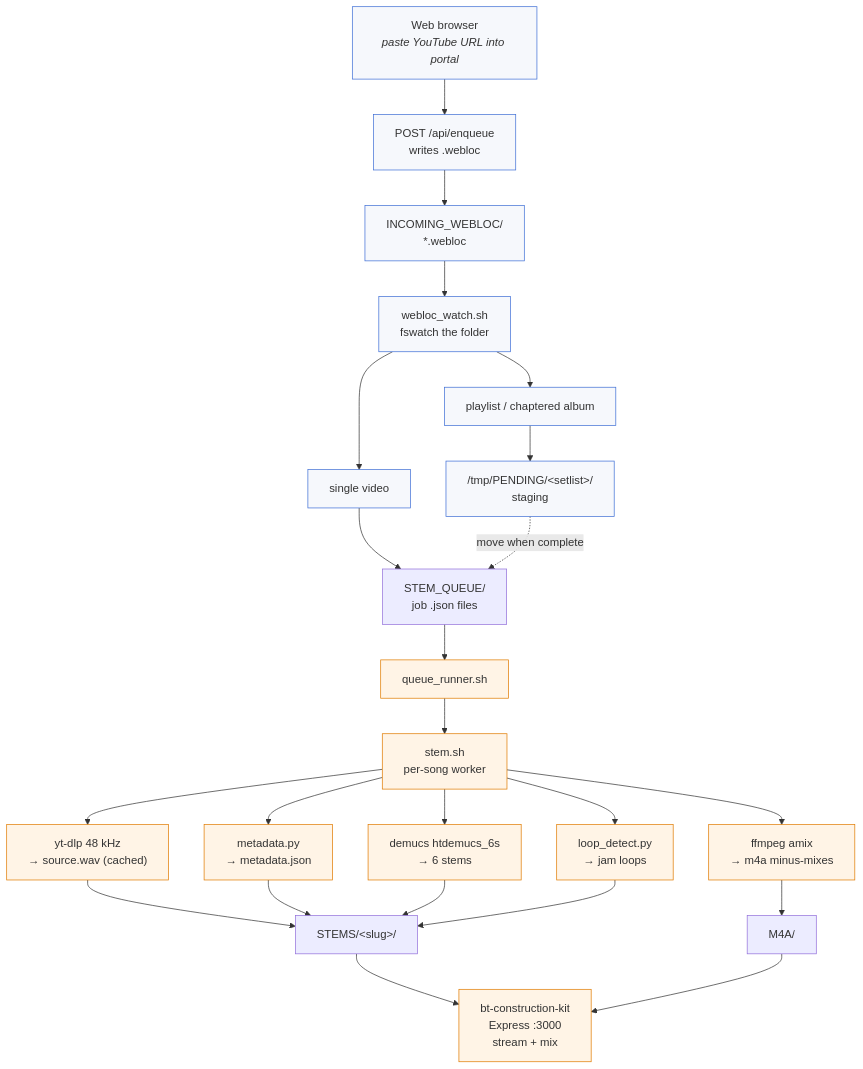
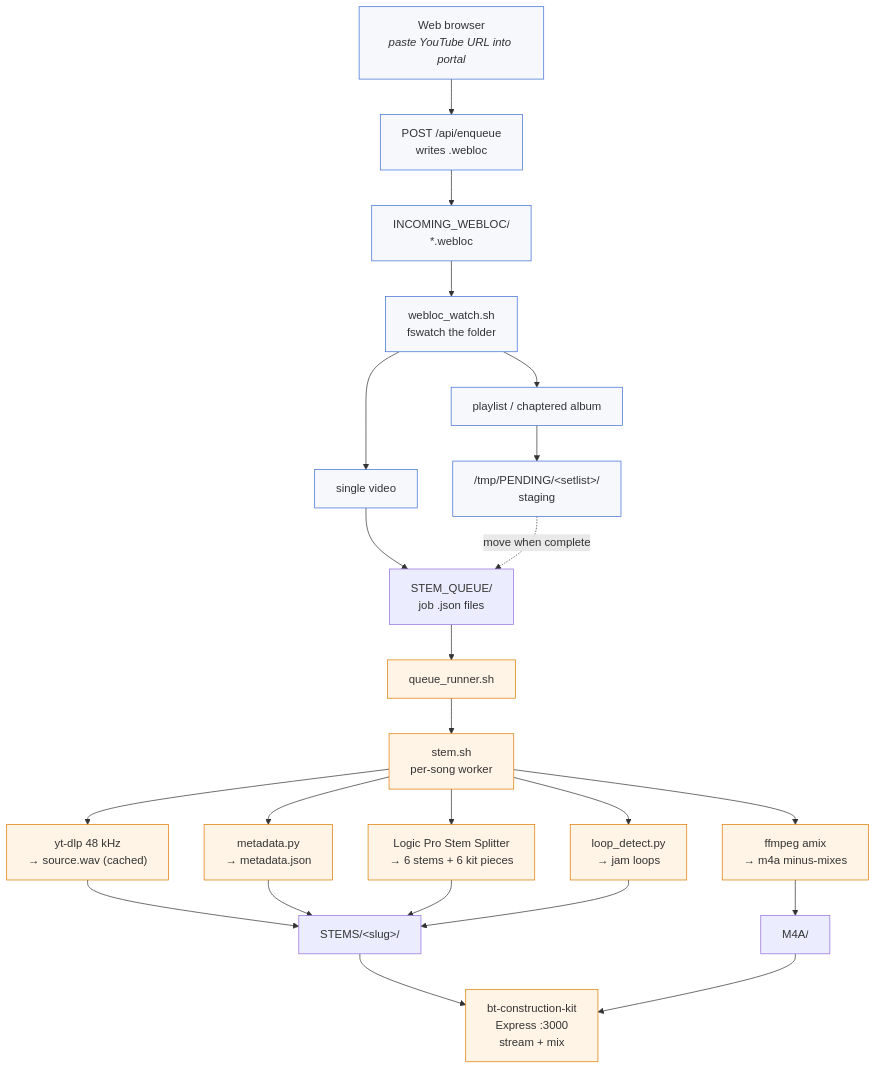
Before and after one commit to williambnorton/simpleStem: the third of 4 diagrams in ARCHITECTURE.md, drawn with Mermaid. The commit also changed other lines of this file and 128 other files, not shown here.

````diff
--- a/ARCHITECTURE.md
+++ b/ARCHITECTURE.md
@@ -162,44 +162,44 @@
 ```mermaid
 flowchart TD
     BR["Web browser<br/><i>paste YouTube URL into portal</i>"]
     EQ["POST /api/enqueue<br/>writes .webloc"]
 
     IN["INCOMING_WEBLOC/<br/>*.webloc"]
     WW["webloc_watch.sh<br/>fswatch the folder"]
 
     SV["single video"]
     PL["playlist / chaptered album"]
     PEND["/tmp/PENDING/&lt;setlist&gt;/<br/>staging"]
 
     Q["STEM_QUEUE/<br/>job .json files"]
     QR["queue_runner.sh"]
     SS["stem.sh<br/>per-song worker"]
 
     DL["yt-dlp 48 kHz<br/>→ source.wav (cached)"]
     MP["metadata.py<br/>→ metadata.json"]
-    DM["demucs htdemucs_6s<br/>→ 6 stems"]
+    DM["Logic Pro Stem Splitter<br/>→ 6 stems + 6 kit pieces"]
     MX["ffmpeg amix<br/>→ m4a minus-mixes"]
     LO["loop_detect.py<br/>→ jam loops"]
 
     STEMS["STEMS/&lt;slug&gt;/"]
     M4A["M4A/"]
 
     PORT["bt-construction-kit<br/>Express :3000<br/>stream + mix"]
 
     BR --> EQ --> IN --> WW
     WW --> SV --> Q
     WW --> PL --> PEND -. "move when complete" .-> Q
     Q --> QR --> SS
     SS --> DL --> STEMS
     SS --> MP --> STEMS
     SS --> DM --> STEMS
     SS --> MX --> M4A
     SS --> LO --> STEMS
     STEMS --> PORT
     M4A --> PORT
 
     classDef librarian fill:#f6f8fc,stroke:#3f6fd6;
     classDef performer fill:#fff4e6,stroke:#e07b00;
     class WW,SV,PL,PEND,IN,EQ,BR librarian;
     class QR,SS,DL,DM,MX,LO,MP,PORT performer;
 ```
````
